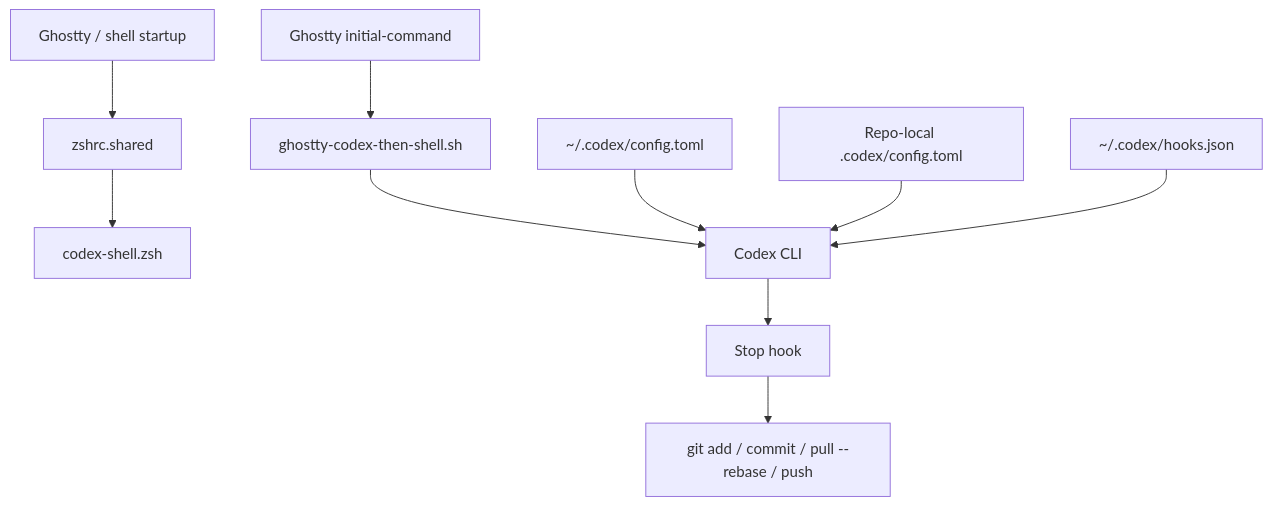
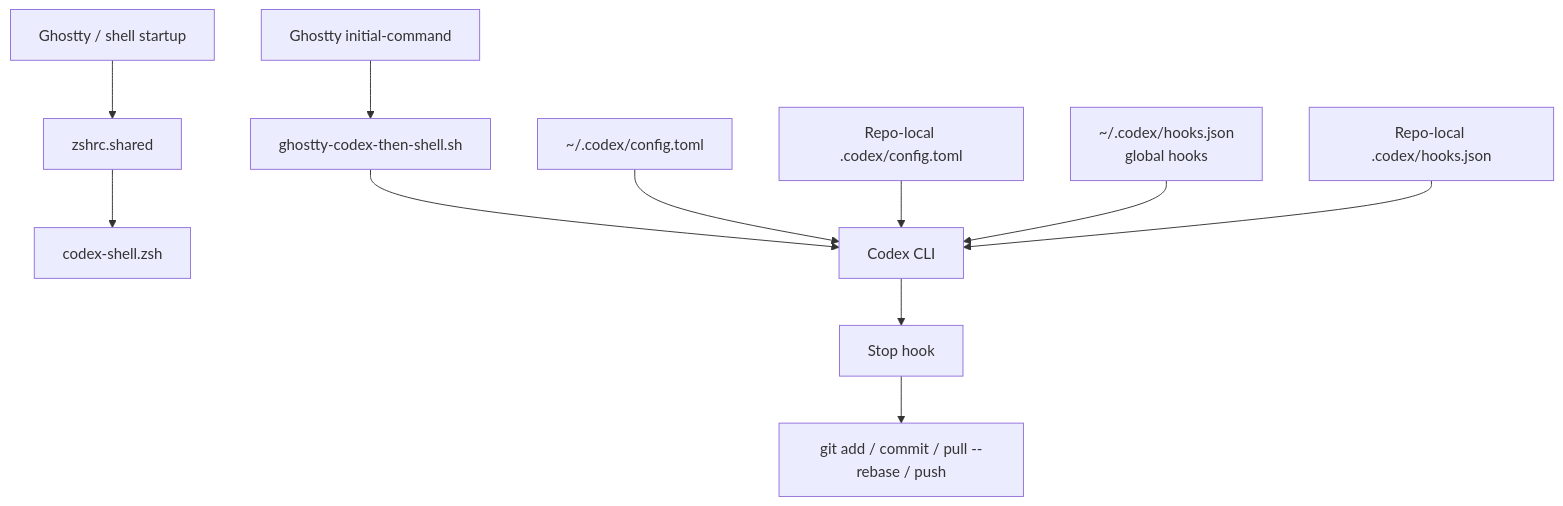
Before and after one commit to wisdom-in-a-nutshell/.agents: the third of 3 diagrams in docs/architecture/codex-control-plane.md, drawn with Mermaid. The commit also changed other lines of this file and 25 other files, not shown here.

````diff
--- a/docs/architecture/codex-control-plane.md
+++ b/docs/architecture/codex-control-plane.md
@@ -72,12 +72,13 @@
 ```mermaid
 flowchart TD
     A[Ghostty / shell startup] --> B[zshrc.shared]
     B --> C[codex-shell.zsh]
     H[Ghostty initial-command] --> I[ghostty-codex-then-shell.sh]
     I --> J[Codex CLI]
     D[~/.codex/config.toml] --> J
     E[Repo-local .codex/config.toml] --> J
-    K[~/.codex/hooks.json] --> J
+    K[~/.codex/hooks.json<br/>global hooks] --> J
+    L[Repo-local .codex/hooks.json] --> J
     J --> F[Stop hook]
     F --> G[git add / commit / pull --rebase / push]
 ```
````
